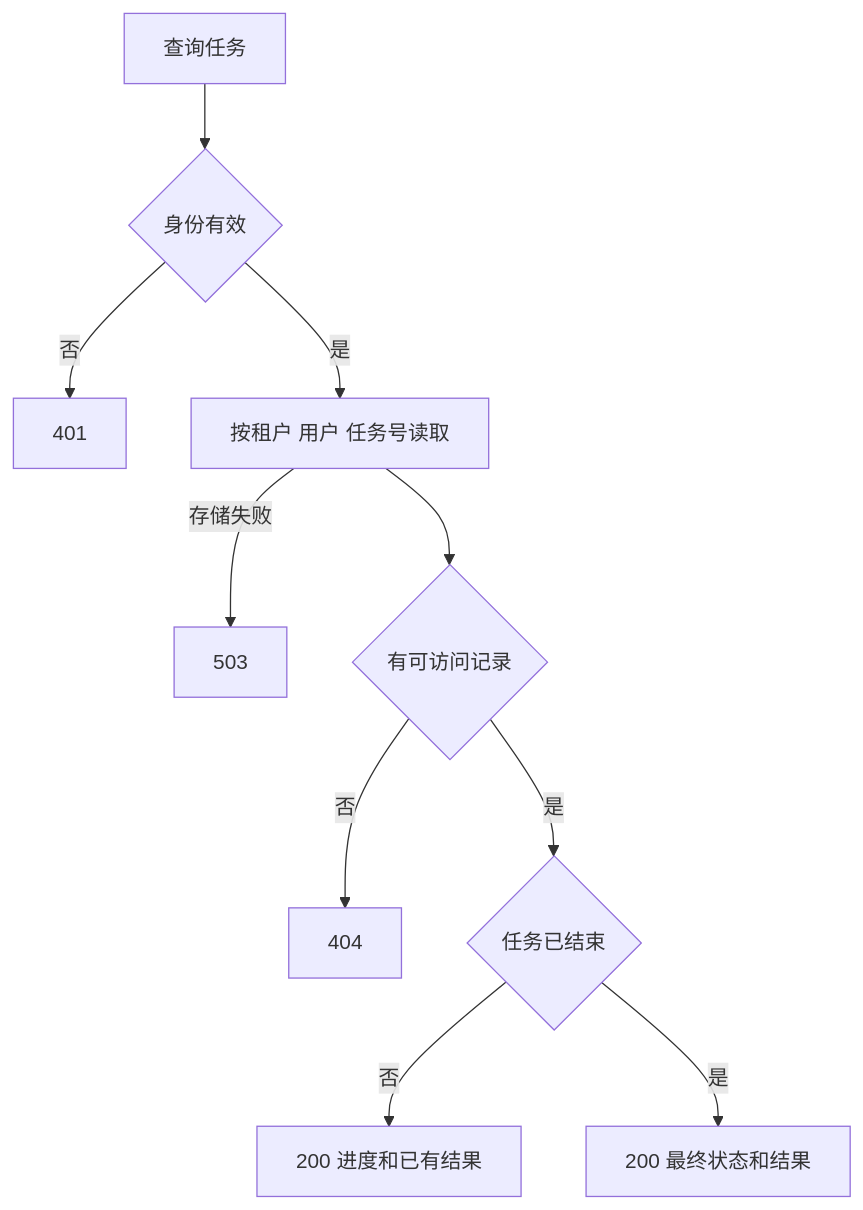
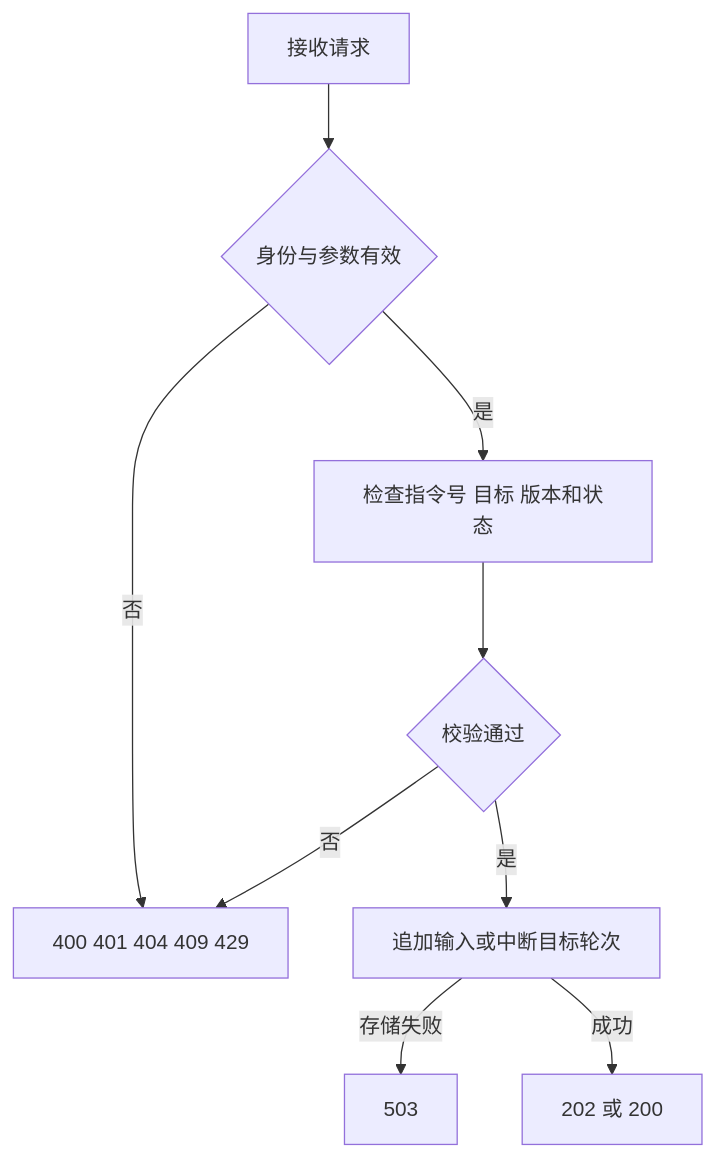
One commit to hj456992/agentscope-react-demo changed the fourth of 8 diagrams in docs/技术方案.md. Above: the diagram before and after it, drawn with Mermaid. The commit also changed other lines of this file and 134 other files, not shown here.

````diff
--- a/docs/技术方案.md
+++ b/docs/技术方案.md
@@ -149,12 +81,11 @@
 ```mermaid
 flowchart TD
-    A[查询任务] --> B{身份有效}
-    B -->|否| X[401]
-    B -->|是| C[按租户 用户 任务号读取]
-    C -->|存储失败| Z[503]
-    C --> D{有可访问记录}
-    D -->|否| Y[404]
-    D -->|是| E{任务已结束}
-    E -->|否| F[200 进度和已有结果]
-    E -->|是| G[200 最终状态和结果]
+    A[接收请求] --> B{身份与参数有效}
+    B -->|否| X[400 401 404 409 429]
+    B -->|是| C[检查指令号 目标 版本和状态]
+    C --> D{校验通过}
+    D -->|否| X
+    D -->|是| E[追加输入或中断目标轮次]
+    E -->|存储失败| Z[503]
+    E -->|成功| F[202 或 200]
 ```
````
